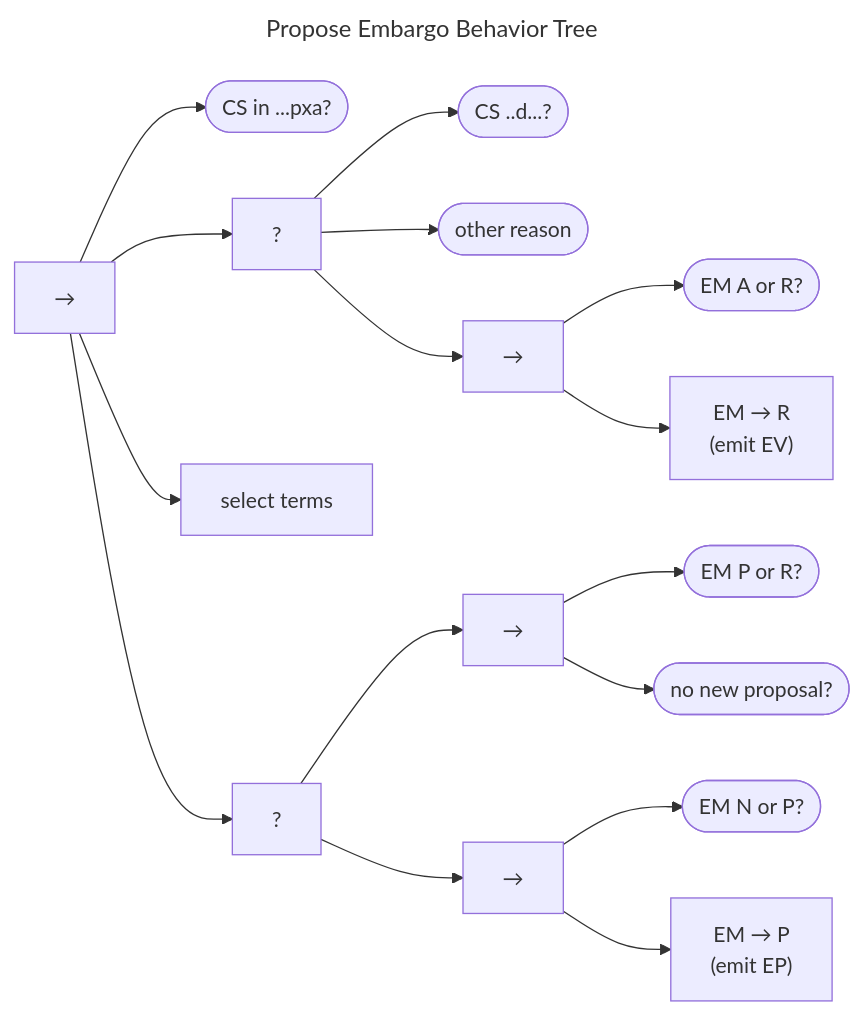
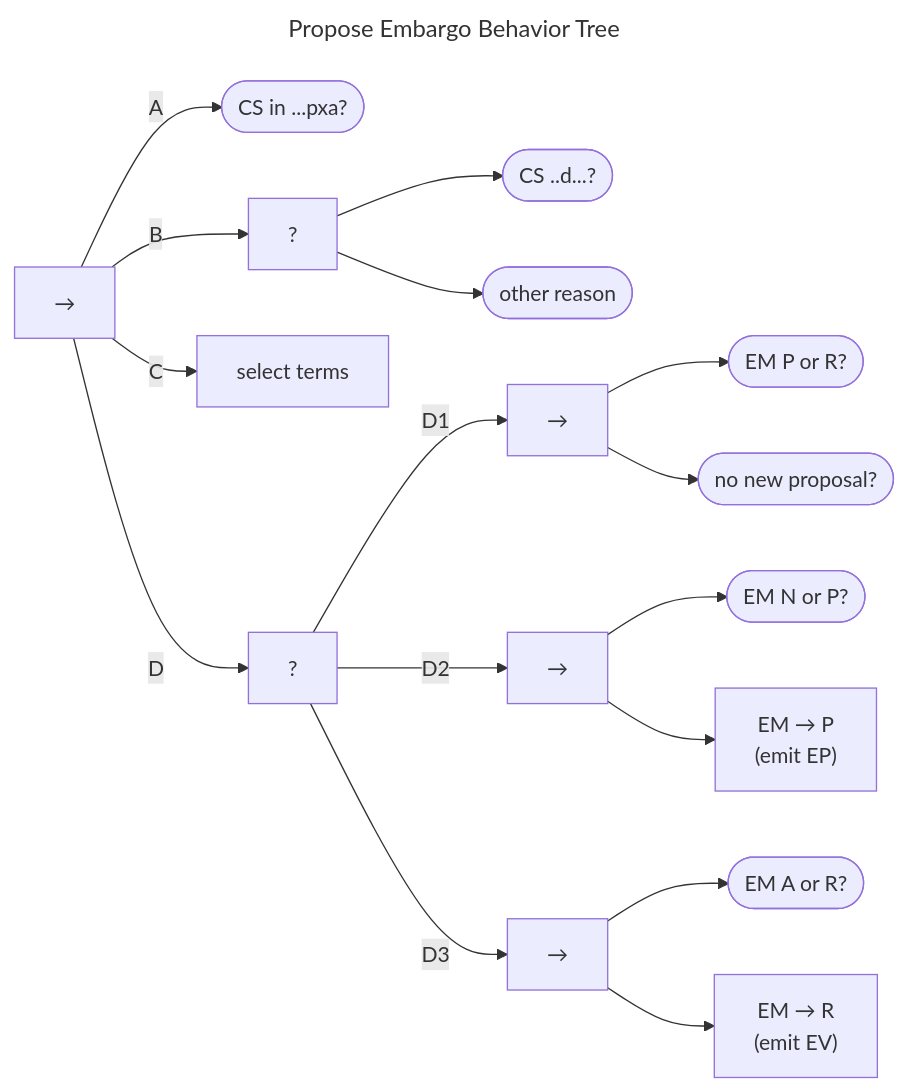
Before and after one commit to CERTCC/Vultron: the diagram in docs/topics/behavior_logic/em_propose_bt.md, drawn with Mermaid. The commit also changed other lines of this file and 21 other files, not shown here.

````diff
--- a/docs/topics/behavior_logic/em_propose_bt.md
+++ b/docs/topics/behavior_logic/em_propose_bt.md
@@ -5,37 +5,37 @@
 ```mermaid
 ---
 title: Propose Embargo Behavior Tree
 ---
 flowchart LR
     seq["&rarr;"]
     cs_pxa(["CS in ...pxa?"])
-    seq --> cs_pxa
+    seq -->|A| cs_pxa
     fb1[?]
-    seq --> fb1
+    seq -->|B| fb1
     cs_d(["CS ..d...?"])
     fb1 --> cs_d
     other(["other reason"])
     fb1 --> other
     select["select terms"]
-    seq --> select
+    seq -->|C| select
     fb2[?]
-    seq --> fb2
+    seq -->|D| fb2
     pr_seq["&rarr;"]
-    fb2 --> pr_seq
+    fb2 -->|D1| pr_seq
     em_p_or_r(["EM P or R?"])
     pr_seq --> em_p_or_r
     no_new_prop(["no new proposal?"])
     pr_seq --> no_new_prop
     np_seq["&rarr;"]
-    fb2 --> np_seq
+    fb2 -->|D2| np_seq
     em_n_or_p(["EM N or P?"])
     np_seq --> em_n_or_p
     em_to_p["EM &rarr; P<br/>(emit EP)"]
     np_seq --> em_to_p
     ar_seq["&rarr;"]
-    fb1 --> ar_seq
+    fb2 -->|D3| ar_seq
     em_a_or_r(["EM A or R?"])
     ar_seq --> em_a_or_r
     em_to_r["EM &rarr; R<br/>(emit EV)"]
     ar_seq --> em_to_r
 ```
````
